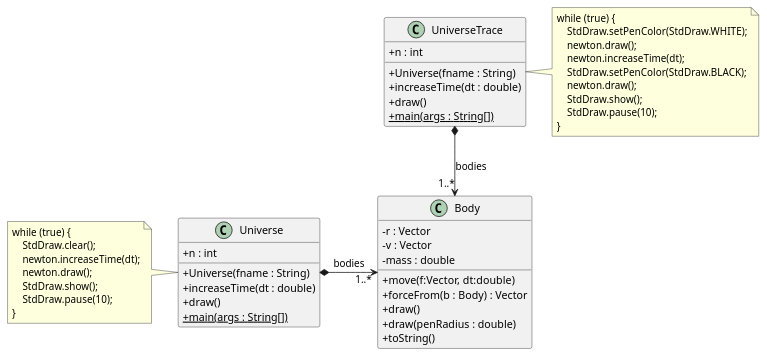
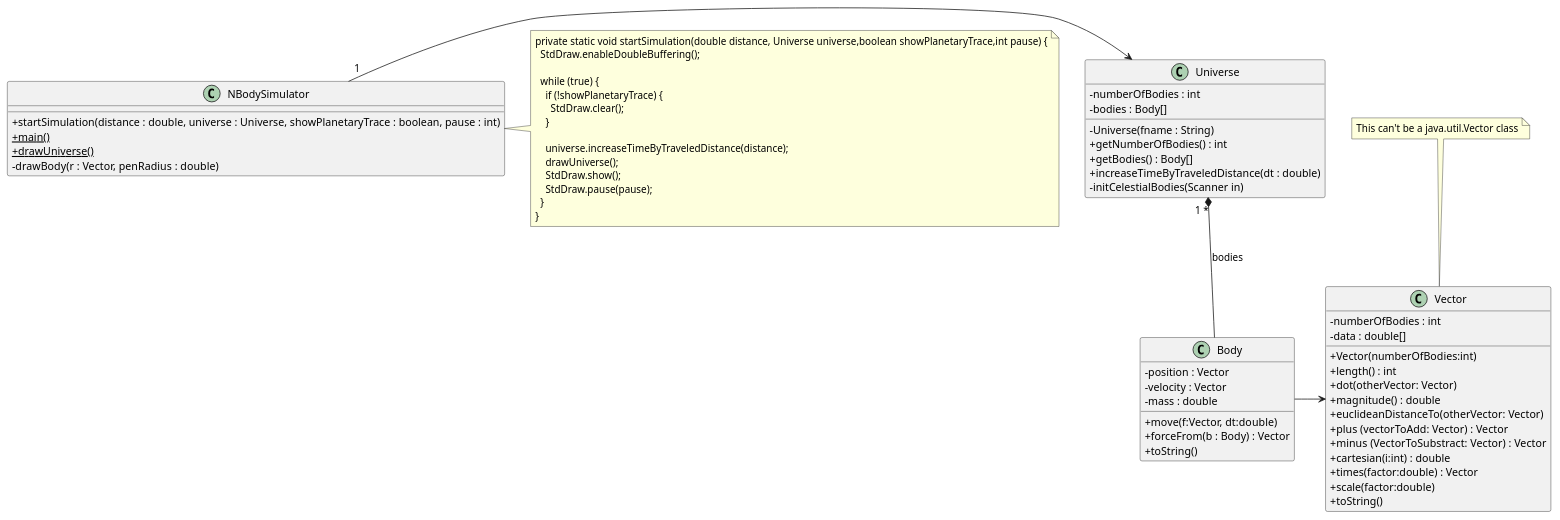
The diagram in nbody1/model.puml (gaspar44/software-design-exercicies), drawn with PlantUML before and after one commit. The commit also changed 7 other files, not shown here.

Commit message:
Deleted unnecesary file - Changed public attributes to private - Added gettters for the attributes - Refactor attributes name - Ended changes of simulation - Adapted UML to be consistent with the changes

```diff
--- a/nbody1/model.puml
+++ b/nbody1/model.puml
@@ -1,56 +1,73 @@
 @startuml
 
 skinparam classAttributeIconSize 0
 
 class Body {
-- r : Vector
-- v : Vector
+- position : Vector
+- velocity : Vector
 - mass : double
 + move(f:Vector, dt:double)
 + forceFrom(b : Body) : Vector
-+ draw()
-+ draw(penRadius : double)
++ toString()
+}
+
+class Vector {
+- numberOfBodies : int
+- data : double[]
++ Vector(numberOfBodies:int)
++ length() : int
++ dot(otherVector: Vector)
++ magnitude() : double
++ euclideanDistanceTo(otherVector: Vector)
++ plus (vectorToAdd: Vector) : Vector
++ minus (VectorToSubstract: Vector) : Vector
++ cartesian(i:int) : double
++ times(factor:double) : Vector
++ scale(factor:double)
 + toString()
 }
 
 class Universe {
-+ n : int
-+ Universe(fname : String)
-+ increaseTime(dt : double)
-+ draw()
-+ {static} main(args : String[])
+- numberOfBodies : int
+- bodies : Body[]
+- Universe(fname : String)
++ getNumberOfBodies() : int
++ getBodies() : Body[]
++ increaseTimeByTraveledDistance(dt : double)
+- initCelestialBodies(Scanner in)
 }
 
-class UniverseTrace {
-+ n : int
-+ Universe(fname : String)
-+ increaseTime(dt : double)
-+ draw()
-+ {static} main(args : String[])
+class NBodySimulator {
++ startSimulation(distance : double, universe : Universe, showPlanetaryTrace : boolean, pause : int)
+    + {static} main()
+    + {static} drawUniverse()
+   - drawBody(r : Vector, penRadius : double)
 }
 
-Universe *-> "1..*" Body : bodies
-UniverseTrace *-down-> "1..*" Body : bodies
+NBodySimulator "1" -> Universe
+Universe "1 *" *-- Body : bodies
+Body -> Vector
 
-note left of Universe
-while (true) {
-    StdDraw.clear();
-    newton.increaseTime(dt);
-    newton.draw();
-    StdDraw.show();
-    StdDraw.pause(10);
-}
-end note
+note top of Vector
+This can't be a java.util.Vector class
+endnote
 
-note right of UniverseTrace
-while (true) {
-    StdDraw.setPenColor(StdDraw.WHITE);
-    newton.draw();
-    newton.increaseTime(dt);
-    StdDraw.setPenColor(StdDraw.BLACK);
-    newton.draw();
-    StdDraw.show();
-    StdDraw.pause(10);
-}
-end note
+note right of NBodySimulator
+  private static void startSimulation(double distance, Universe universe,boolean showPlanetaryTrace,int pause) {
+    StdDraw.enableDoubleBuffering();
+
+    while (true) {
+      if (!showPlanetaryTrace) {
+        StdDraw.clear();
+      }
+
+      universe.increaseTimeByTraveledDistance(distance);
+      drawUniverse();
+      StdDraw.show();
+      StdDraw.pause(pause);
+    }
+  }
+endnote
+
+
 @enduml
```
